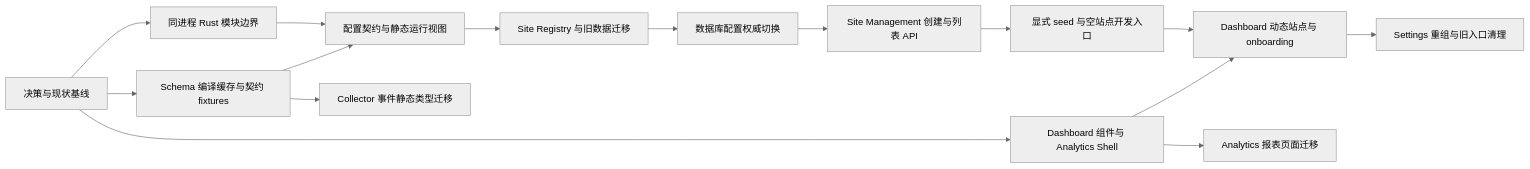
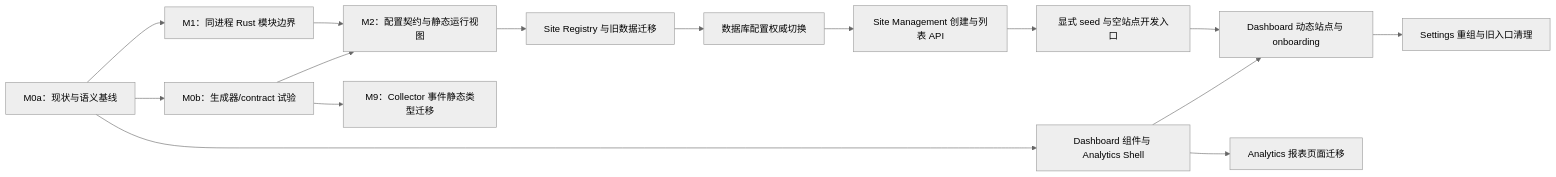
The diagram in docs/platform-improvement-roadmap.md (bearfighting/Traceleaf), drawn with Mermaid (neutral theme) before and after one commit. The commit also changed other lines of this file and 9 other files, not shown here.

````diff
--- a/docs/platform-improvement-roadmap.md
+++ b/docs/platform-improvement-roadmap.md
@@ -60,19 +60,19 @@
 ```mermaid
 flowchart LR
-  A[决策与现状基线] --> B[同进程 Rust 模块边界]
-  B --> C[配置契约与静态运行视图]
+  A[M0a：现状与语义基线] --> B[M1：同进程 Rust 模块边界]
+  B --> C[M2：配置契约与静态运行视图]
   C --> D[Site Registry 与旧数据迁移]
   D --> E[数据库配置权威切换]
   E --> F[Site Management 创建与列表 API]
   F --> S[显式 seed 与空站点开发入口]
   S --> G[Dashboard 动态站点与 onboarding]
   G --> H[Settings 重组与旧入口清理]
 
   A --> U[Dashboard 组件与 Analytics Shell]
   U --> G
   U --> V[Analytics 报表页面迁移]
 
-  A --> X[Schema 编译缓存与契约 fixtures]
+  A --> X[M0b：生成器/contract 试验]
   X --> C
-  X --> Y[Collector 事件静态类型迁移]
+  X --> Y[M9：Collector 事件静态类型迁移]
 ```
````
